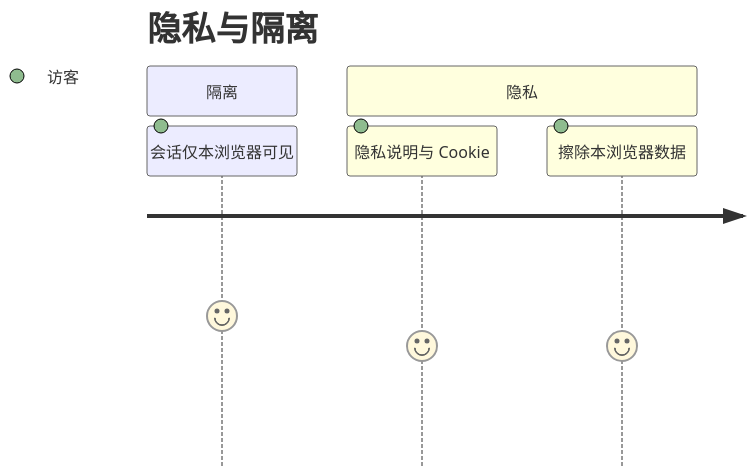
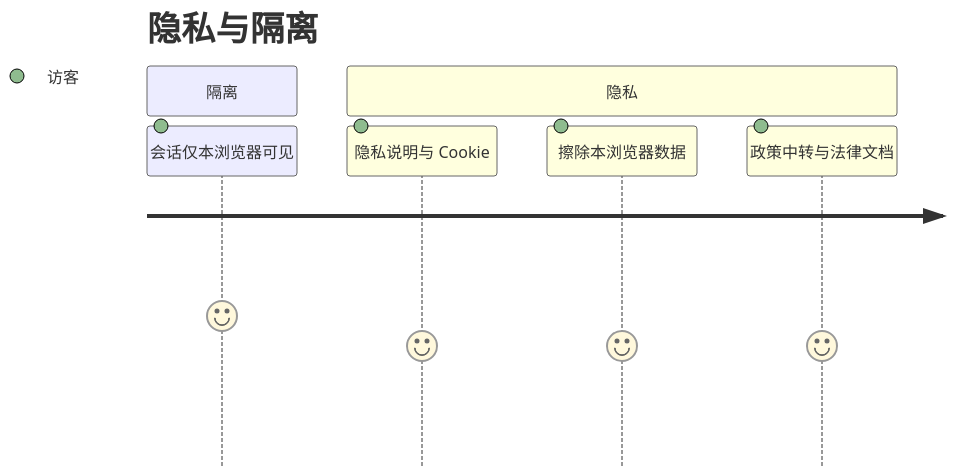
Before and after one commit to felixzhu97/explore-ai: the second of 4 diagrams in docs/product-owner/User-Story-Map.md, drawn with Mermaid. The commit also changed other lines of this file and 24 other files, not shown here.

````diff
--- a/docs/product-owner/User-Story-Map.md
+++ b/docs/product-owner/User-Story-Map.md
@@ -40,9 +40,10 @@
 ```mermaid
 journey
     title 隐私与隔离
     section 隔离
         会话仅本浏览器可见: 5: 访客
     section 隐私
         隐私说明与 Cookie: 4: 访客
         擦除本浏览器数据: 4: 访客
+        政策中转与法律文档: 4: 访客
 ```
````
